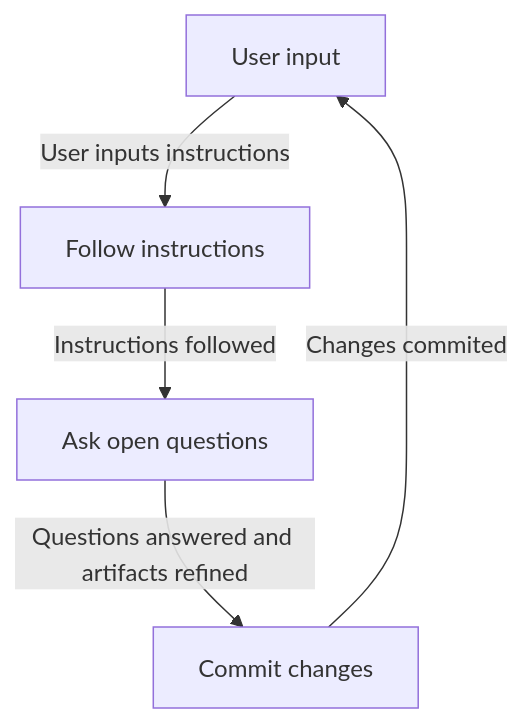
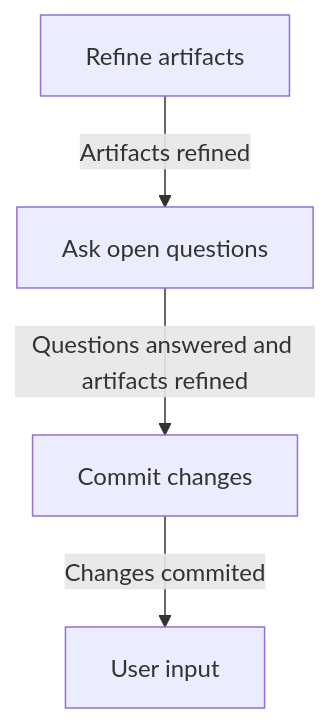
The seventh of 7 diagrams in .opencode/agents/openspec.md (aserowy/yeet), drawn with Mermaid before and after one commit. The commit also changed other lines of this file and 3 other files, not shown here.

````diff
--- a/.opencode/agents/openspec.md
+++ b/.opencode/agents/openspec.md
@@ -34,8 +111,6 @@
 ```mermaid
 flowchart TD
-    A[User input]
-    A -->|User inputs instructions| B[Follow instructions]
-    B -->|Instructions followed| D[Ask open questions]
-    D -->|Questions answered and artifacts refined| E[Commit changes]
-    E -->|Changes commited| A
+    A[Refine artifacts] -->|Artifacts refined| B[Ask open questions]
+    B -->|Questions answered and artifacts refined| C[Commit changes]
+    C -->|Changes commited| D[User input]
 ```
````
